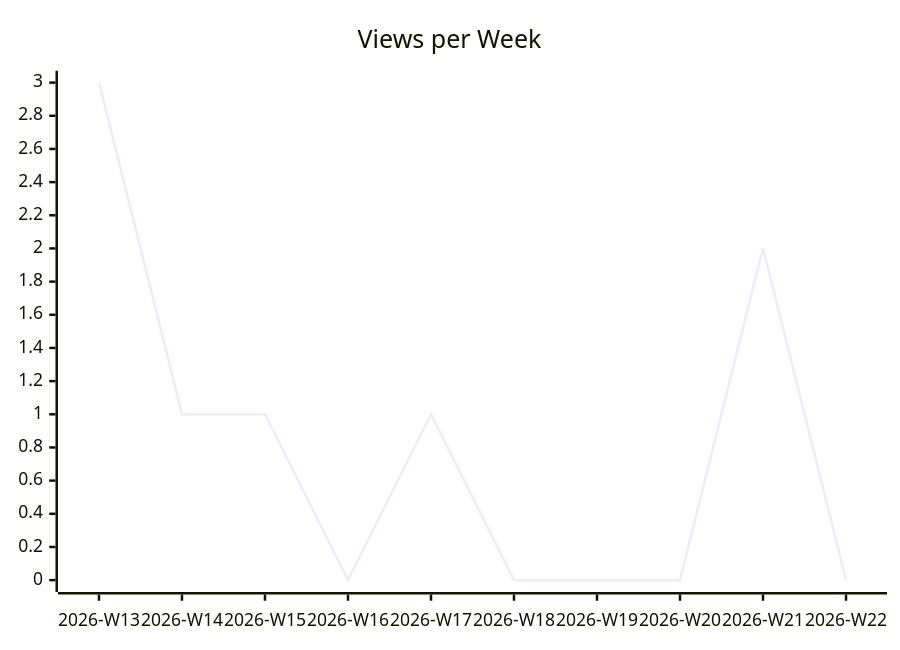
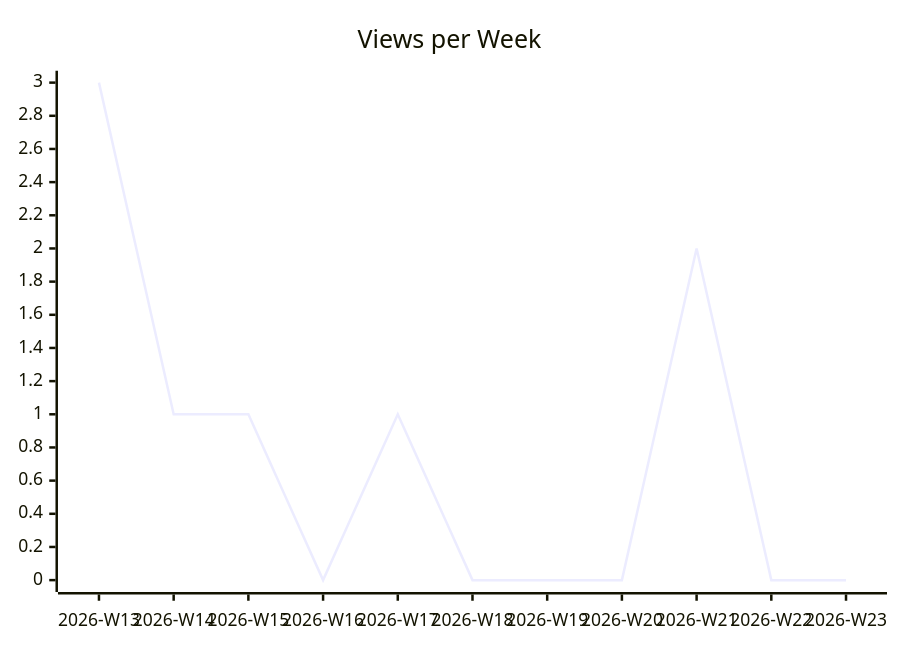
One commit to justdavis-family/github-analytics-data changed the second of 3 diagrams in karlmdavis/rps-tourney/README.md. Above: the diagram before and after it, drawn with Mermaid. The commit also changed other lines of this file and 186 other files, not shown here.

````diff
--- a/karlmdavis/rps-tourney/README.md
+++ b/karlmdavis/rps-tourney/README.md
@@ -12,6 +12,6 @@
 ```mermaid
 xychart-beta
   title "Views per Week"
-  x-axis ["2026-W13", "2026-W14", "2026-W15", "2026-W16", "2026-W17", "2026-W18", "2026-W19", "2026-W20", "2026-W21", "2026-W22"]
-  line [3, 1, 1, 0, 1, 0, 0, 0, 2, 0]
+  x-axis ["2026-W13", "2026-W14", "2026-W15", "2026-W16", "2026-W17", "2026-W18", "2026-W19", "2026-W20", "2026-W21", "2026-W22", "2026-W23"]
+  line [3, 1, 1, 0, 1, 0, 0, 0, 2, 0, 0]
 ```
````
